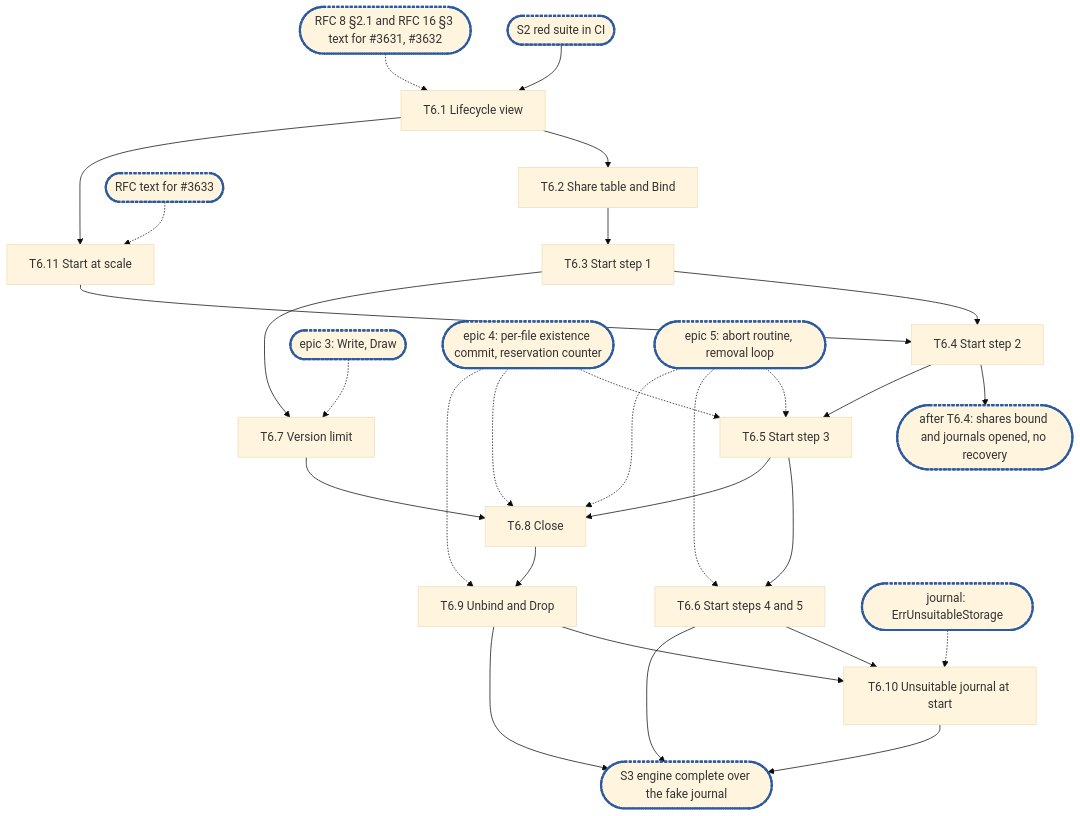
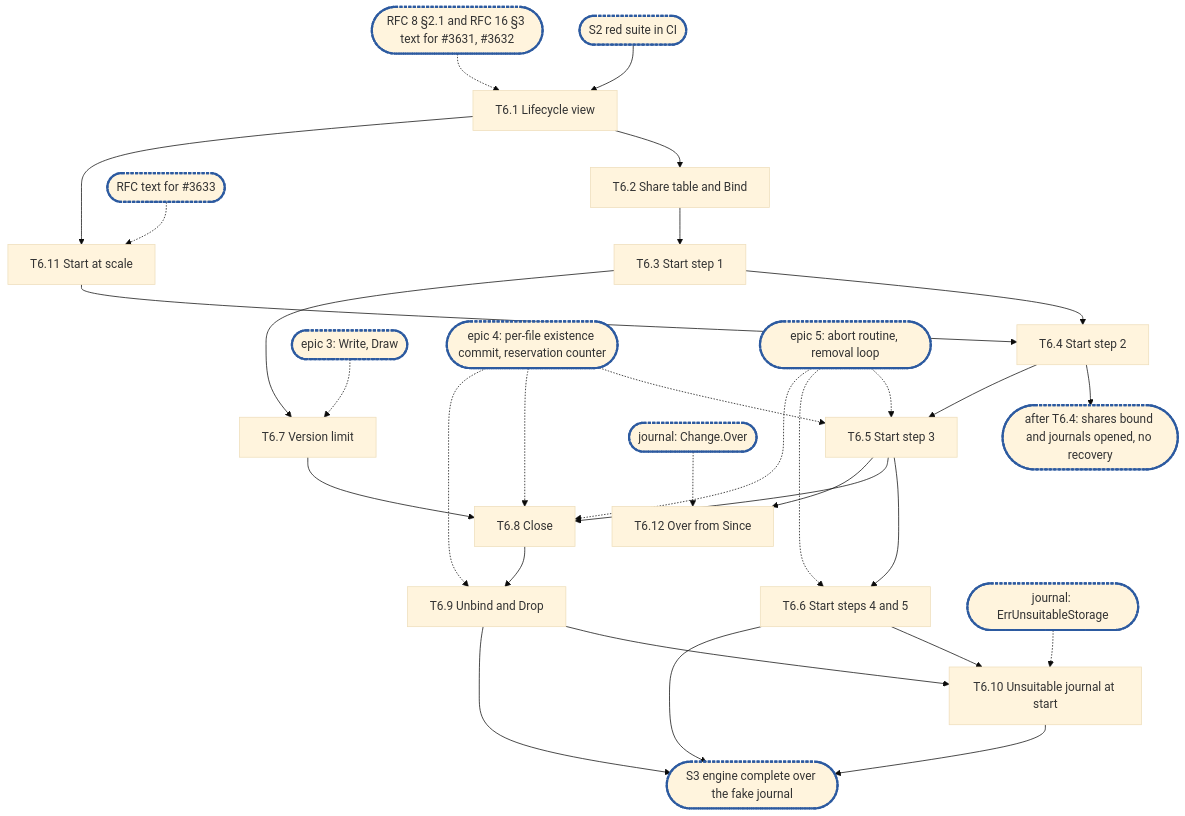
One commit to cubbit/dittofs changed the diagram in docs/internals/planning/rfc-8-engine-epic6.md. Above: the diagram before and after it, drawn with Mermaid (base theme). The commit also changed other lines of this file and 1 other file, not shown here.

Commit message:
docs(planning): engine epic 6 takes the replay's Over from Since

````diff
--- a/docs/internals/planning/rfc-8-engine-epic6.md
+++ b/docs/internals/planning/rfc-8-engine-epic6.md
@@ -1024,23 +1047,25 @@
 ```mermaid
 flowchart TD
   S2(["S2 red suite in CI"]):::sync --> T6_1["T6.1 Lifecycle view"]
   rfc(["RFC 8 §2.1 and RFC 16 §3 text for #3631, #3632"]):::sync -.-> T6_1
   T6_1 --> T6_2["T6.2 Share table and Bind"]
   T6_2 --> T6_3["T6.3 Start step 1"]
   T6_1 --> T6_11["T6.11 Start at scale"]
   rfc3633(["RFC text for #3633"]):::sync -.-> T6_11
   T6_3 & T6_11 --> T6_4["T6.4 Start step 2"]
   T6_4 --> C1(["after T6.4: shares bound and journals opened, no recovery"]):::sync
   ep3(["epic 3: Write, Draw"]):::sync -.-> T6_7
   T6_3 --> T6_7["T6.7 Version limit"]
   ep4(["epic 4: per-file existence commit, reservation counter"]):::sync -.-> T6_5 & T6_8 & T6_9
   ep5(["epic 5: abort routine, removal loop"]):::sync -.-> T6_5 & T6_6 & T6_8
   T6_4 --> T6_5["T6.5 Start step 3"]
   T6_5 --> T6_6["T6.6 Start steps 4 and 5"]
   T6_5 & T6_7 --> T6_8["T6.8 Close"]
   T6_8 --> T6_9["T6.9 Unbind and Drop"]
   J(["journal: ErrUnsuitableStorage"]):::sync -.-> T6_10
   T6_6 & T6_9 --> T6_10["T6.10 Unsuitable journal at start"]
+  T6_5 --> T6_12["T6.12 Over from Since"]
+  J2(["journal: Change.Over"]):::sync -.-> T6_12
   T6_6 & T6_9 & T6_10 --> S3(["S3 engine complete over the fake journal"]):::sync
   classDef sync stroke:#2c5aa0,stroke-width:3px,stroke-dasharray:4 2
 ```
````
